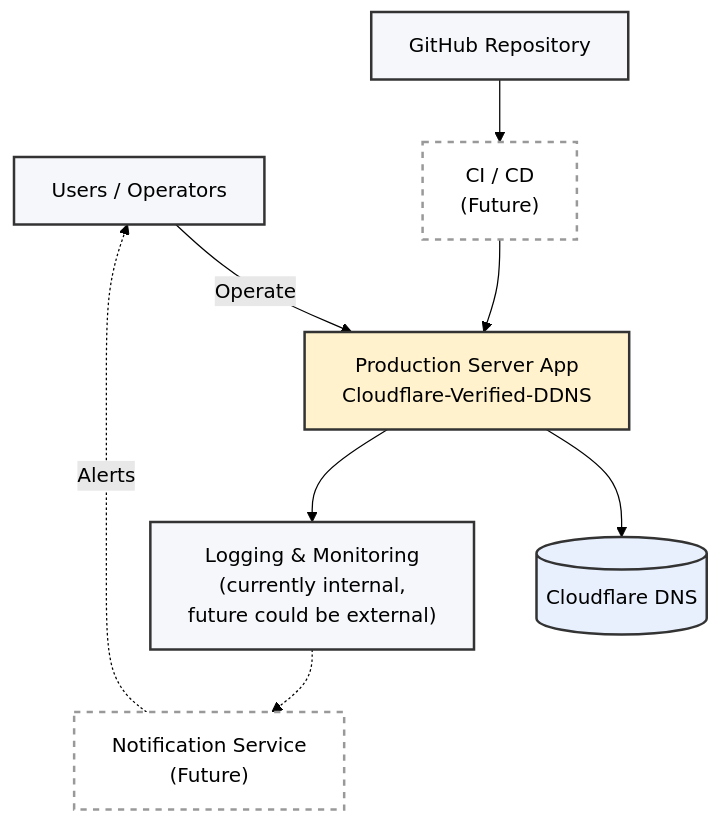
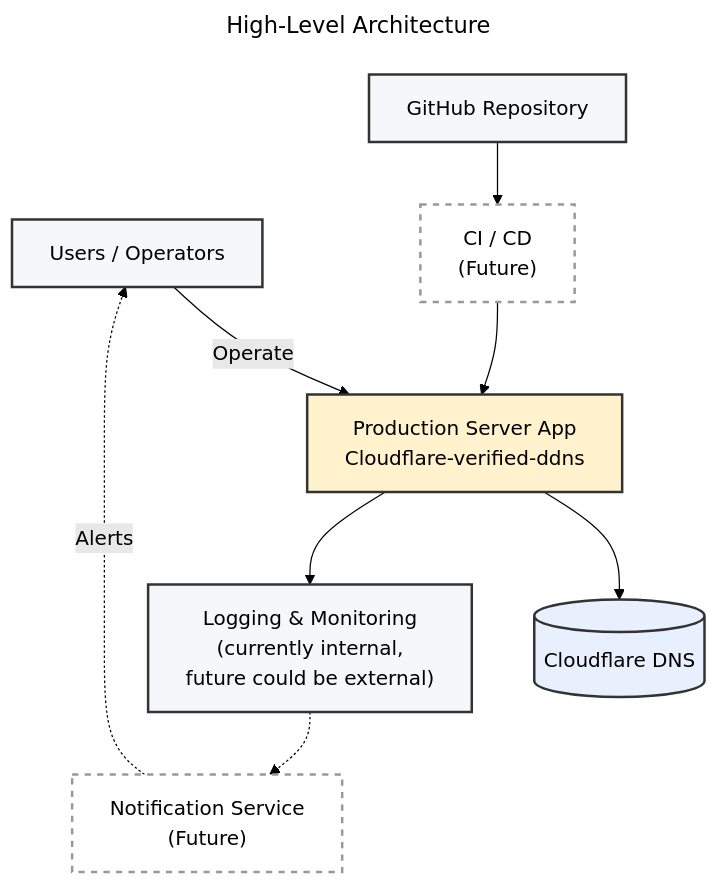
Before and after one commit to bkaewell/cloudflare-verified-ddns: the first of 12 diagrams in docs/ARCHITECTURE.md, drawn with Mermaid (forest theme). The commit also changed other lines of this file, not shown here.

Commit message:
Experimenting with mermaid diagrams

````diff
--- a/docs/ARCHITECTURE.md
+++ b/docs/ARCHITECTURE.md
@@ -4,34 +5,37 @@
 ```mermaid
+---
+title: High-Level Architecture
+---
 flowchart TB
-    %% Nodes (declare humans early for visual priority)
+    %% Nodes
     USERS[Users / Operators]
     REPO[GitHub Repository]
     CICD["CI / CD<br/>(Future)"]
-    APP[Production Server App<br/>Cloudflare-Verified-DDNS]
+    APP[Production Server App<br/>Cloudflare-verified-ddns]
     CF[(Cloudflare DNS)]
     LOGS["Logging & Monitoring<br/>(currently internal,<br/> future could be external)"]
     NOTIFY["Notification Service<br/>(Future)"]
 
     %% Core Flow
     USERS -->|Operate| APP
 
     REPO --> CICD
     CICD --> APP
     APP --> CF
     APP --> LOGS
 
     %% Observability & Feedback
     LOGS -.-> NOTIFY
     NOTIFY -.->|Alerts| USERS
 
     %% Styling
     classDef core fill:#fff2cc,stroke:#333,stroke-width:2px;
     classDef neutral fill:#f5f7fa,stroke:#333,stroke-width:2px;
     classDef cloud fill:#e8f0fe,stroke:#333,stroke-width:2px;
     classDef future fill:#ffffff,stroke:#999,stroke-width:2px,stroke-dasharray: 5 5;
 
     class APP core;
     class REPO,USERS,LOGS neutral;
     class CF cloud;
     class CICD,NOTIFY future;
 ```
````
